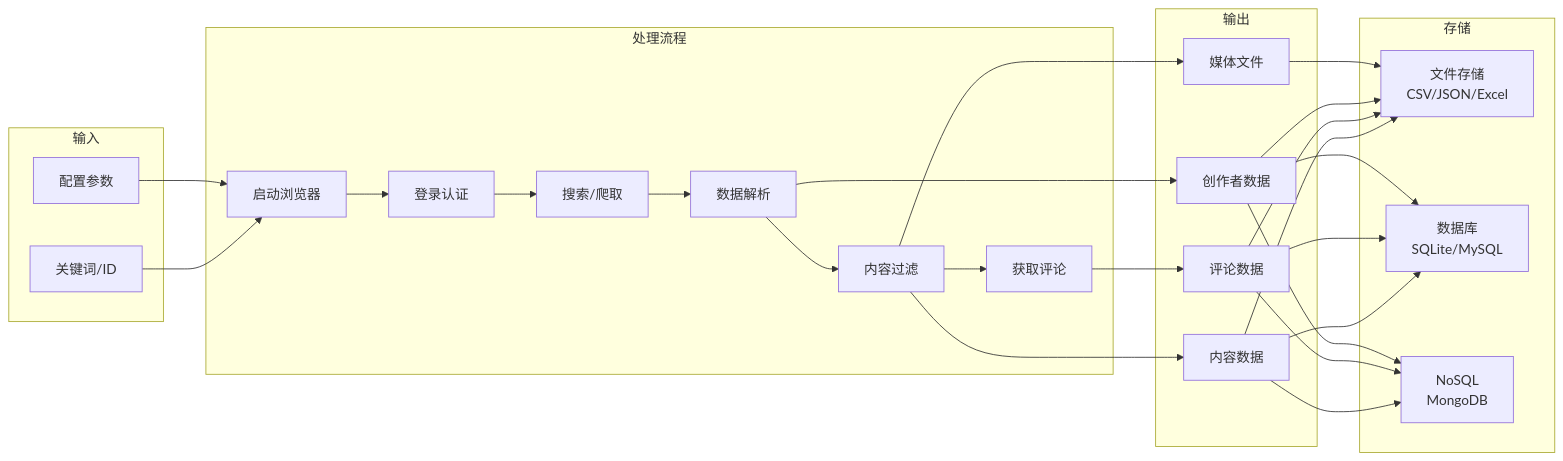
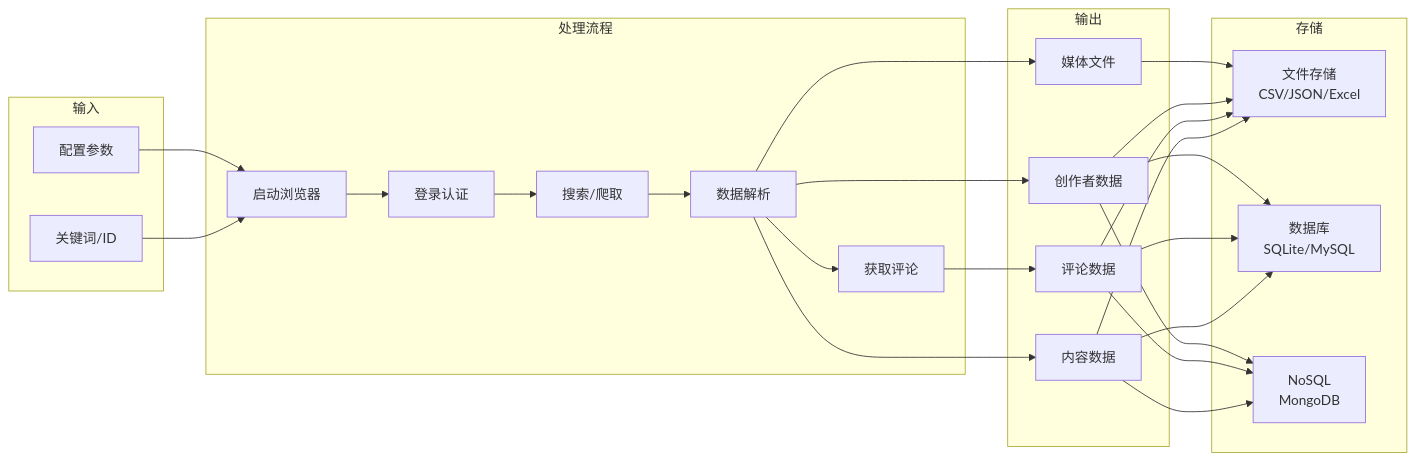
Before and after one commit to NanmiCoder/MediaCrawler: the second of 12 diagrams in docs/项目架构文档.md, drawn with Mermaid. The commit also changed other lines of this file and 2 other files, not shown here.

````diff
--- a/docs/项目架构文档.md
+++ b/docs/项目架构文档.md
@@ -101,43 +101,41 @@
 ```mermaid
 flowchart LR
     subgraph Input["输入"]
         keywords["关键词/ID"]
         config["配置参数"]
     end
 
     subgraph Process["处理流程"]
         browser["启动浏览器"]
         login["登录认证"]
         search["搜索/爬取"]
         parse["数据解析"]
-        filter["内容过滤"]
         comment["获取评论"]
     end
 
     subgraph Output["输出"]
         content["内容数据"]
         comments["评论数据"]
         creator["创作者数据"]
         media["媒体文件"]
     end
 
     subgraph Storage["存储"]
         file["文件存储<br/>CSV/JSON/Excel"]
         db["数据库<br/>SQLite/MySQL"]
         nosql["NoSQL<br/>MongoDB"]
     end
 
     keywords --> browser
     config --> browser
     browser --> login
     login --> search
     search --> parse
-    parse --> filter
-    filter --> comment
-    filter --> content
+    parse --> comment
+    parse --> content
     comment --> comments
     parse --> creator
-    filter --> media
+    parse --> media
     content & comments & creator --> file & db & nosql
     media --> file
 ```
````
